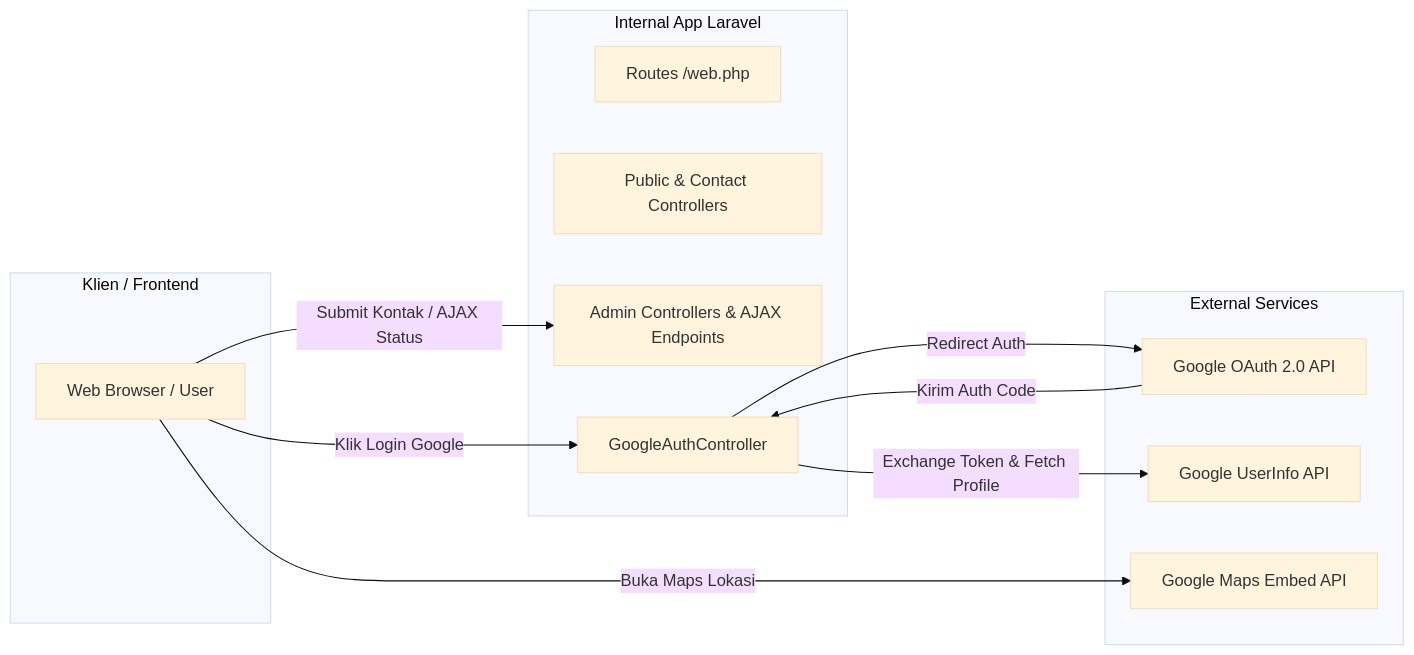
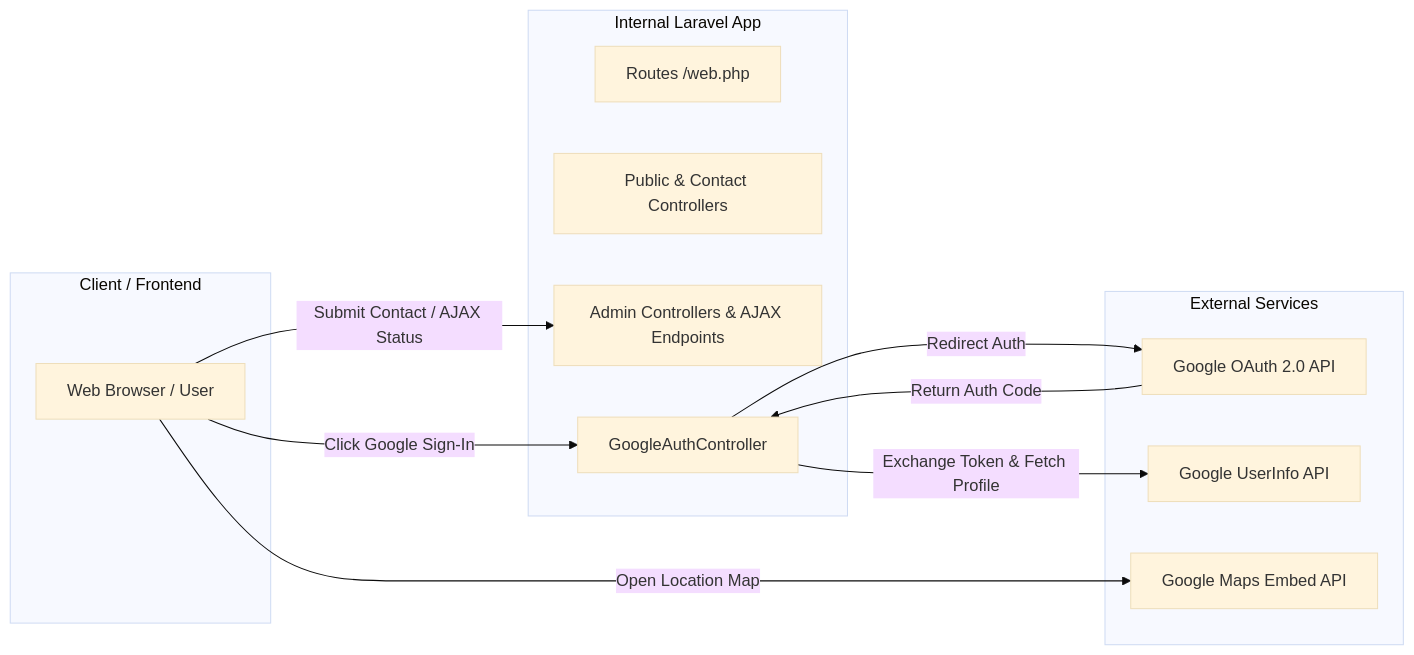
One commit to zan-ux/BLUD_SMKN2PURWAKARTA changed the diagram in document/api.md. Above: the diagram before and after it, drawn with Mermaid (base theme). The commit also changed other lines of this file and 7 other files, not shown here.

Commit message:
modified:   README.md 	modified:   document/README.md 	modified:   document/api.md 	modified:   document/architecture.md 	modified:   document/auth.md 	modified:   document/database.md 	modified:   document/features.md 	modified:   document/setup.md

````diff
--- a/document/api.md
+++ b/document/api.md
@@ -9,26 +9,26 @@
 ```mermaid
 graph LR
-    subgraph Klien / Frontend
+    subgraph Client / Frontend
         Browser[Web Browser / User]
     end
 
-    subgraph Internal App Laravel
+    subgraph Internal Laravel App
         WebRoutes[Routes /web.php]
         PublicCtrl[Public & Contact Controllers]
         AdminCtrl[Admin Controllers & AJAX Endpoints]
         GoogleCtrl[GoogleAuthController]
     end
 
     subgraph External Services
         GoogleOAuth[Google OAuth 2.0 API]
         GoogleUserInfo[Google UserInfo API]
         GoogleMaps[Google Maps Embed API]
     end
 
-    Browser -->|Submit Kontak / AJAX Status| AdminCtrl
-    Browser -->|Buka Maps Lokasi| GoogleMaps
-    Browser -->|Klik Login Google| GoogleCtrl
+    Browser -->|Submit Contact / AJAX Status| AdminCtrl
+    Browser -->|Open Location Map| GoogleMaps
+    Browser -->|Click Google Sign-In| GoogleCtrl
     GoogleCtrl -->|Redirect Auth| GoogleOAuth
-    GoogleOAuth -->|Kirim Auth Code| GoogleCtrl
+    GoogleOAuth -->|Return Auth Code| GoogleCtrl
     GoogleCtrl -->|Exchange Token & Fetch Profile| GoogleUserInfo
 ```
````
